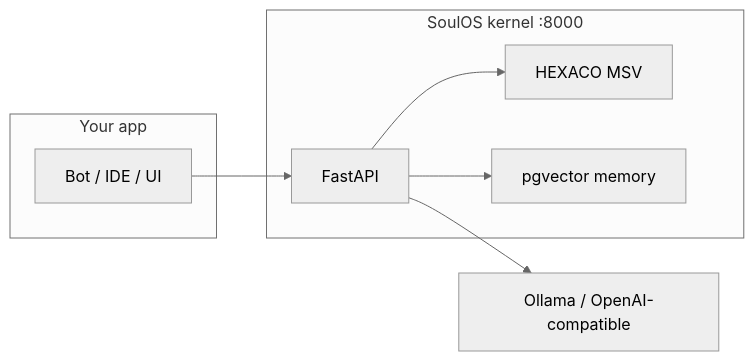
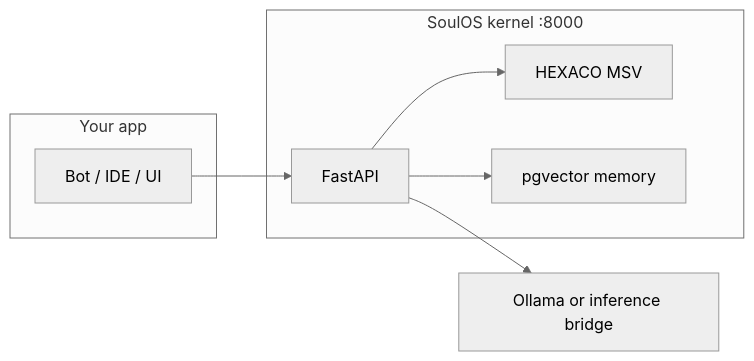
The diagram in README.md (mziqudhd92/soul-os), drawn with Mermaid (neutral theme) before and after one commit. The commit also changed other lines of this file and 33 other files, not shown here.

First line of the commit message:
feat: add plug-in helpers, inference bridge (mock/bedrock/vertex), hybrid orchestrator

````diff
--- a/README.md
+++ b/README.md
@@ -168,17 +169,17 @@
 ```mermaid
 flowchart LR
   subgraph app [Your app]
     Bot[Bot / IDE / UI]
   end
   subgraph soulos [SoulOS kernel :8000]
     API[FastAPI]
     MSV[HEXACO MSV]
     Mem[pgvector memory]
   end
-  LLM[Ollama / OpenAI-compatible]
+  LLM[Ollama or inference bridge]
 
   Bot --> API
   API --> MSV
   API --> Mem
   API --> LLM
 ```
````
